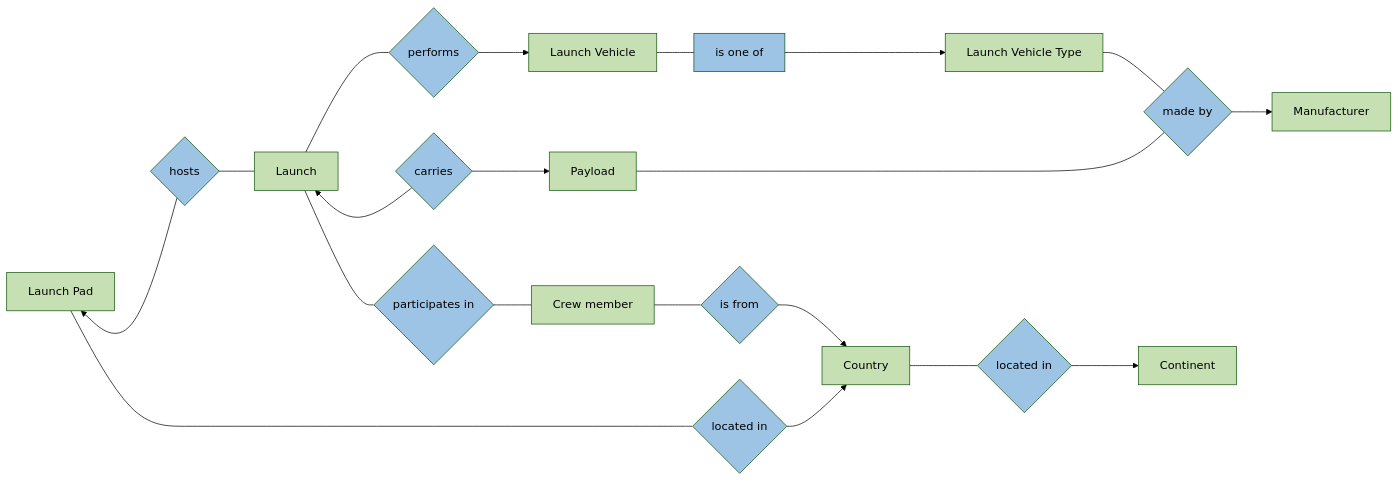
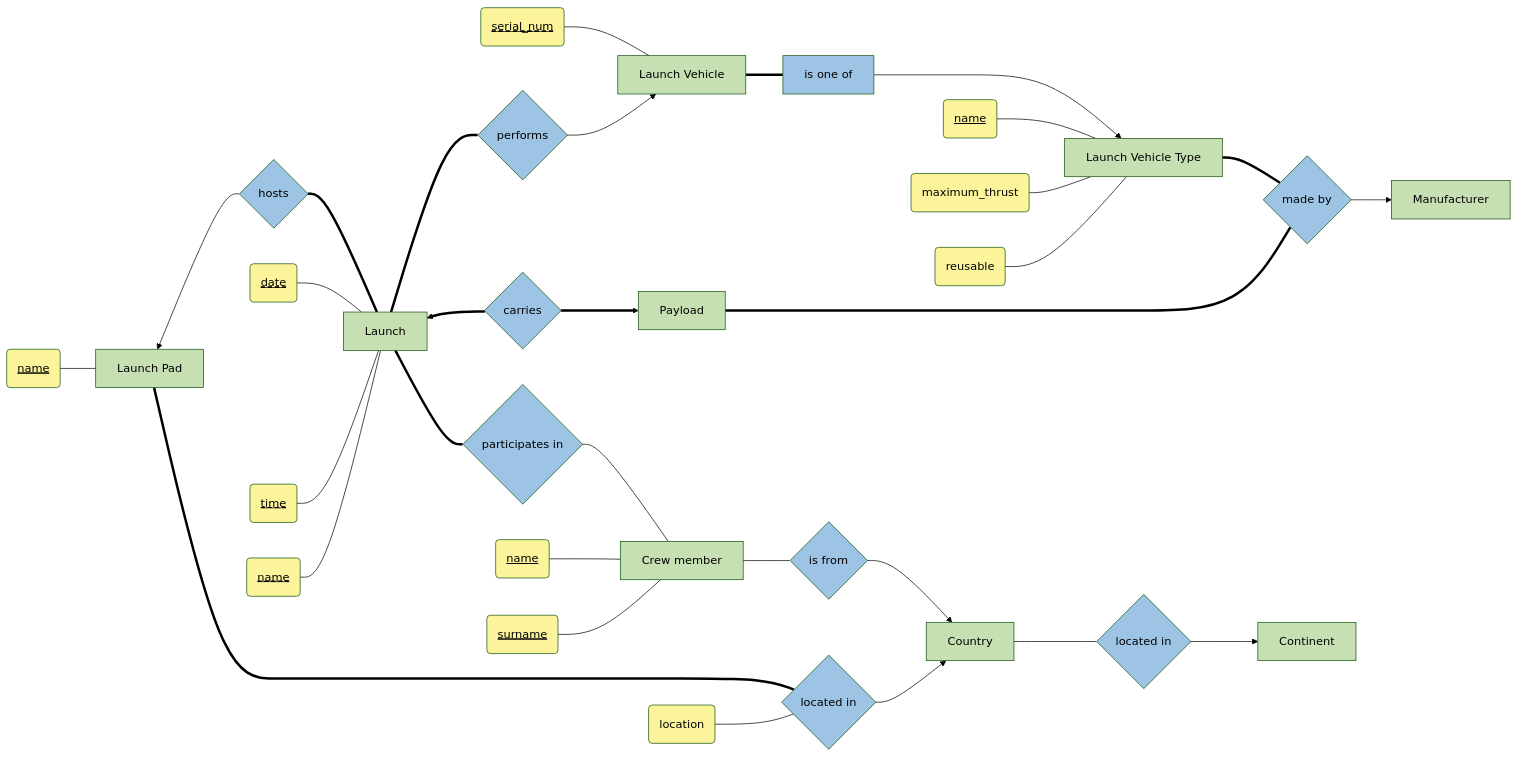
One commit to andrew-chang-dewitt/cs_425-hw_1_4 changed the diagram in src/erd.mmd. Above: the diagram before and after it, drawn with Mermaid (forest theme). The commit also changed 1 other file, not shown here.

```diff
--- a/src/erd.mmd
+++ b/src/erd.mmd
@@ -1,81 +1,95 @@
 graph LR
     %% ===
     %% LAUNCHPAD
     %% ---
     %% Rule: A launchpad hosts multiple launches over time, and each launch is hosted by exactly one launchpad. Therefore, Launchpads will be created in the database even before the first launch is hosted there.
+    LP[Launch Pad]:::entity ~~~ H{hosts}:::weakRelation --> LP
+    H ~~~ LP
     %% Rule: A launchpad is located in a country, and a country, in turn, is located on a continent.
+    LP === Lli{located in}:::relation
+    lpl(location):::attr --- Lli
     %% Rule: Each launchpad has a name and a location.
-    LP[Launch Pad]:::entity ~~~ H{hosts}:::relation --> LP
-    LP --- Lli{located in}:::relation
+    lpn(name):::pk --- LP
 
     %% ===
     %% LAUNCH
     %% ---
     %% Rule: A launch requires a launchpad that hosts it, a launch vehicle (the rocket), and the payload.
+    H === L[Launch]:::weakEntity
+    L === Pa
+    %% Rule: Each launch is performed by a launch vehicle. The serial number for the launch vehicle should be recorded. A launch vehicle can perform multiple launches over time.
+    L === Pl{performs}:::relation
     %% Rule: For a launch, the date, time and name should be recorded as well as whether it is a crewed launch or not.
-    %% Rule: Each launch is performed by a launch vehicle. The serial number for the launch vehicle should be recorded. A launch vehicle can perform multiple launches over time.
-    H --- L[Launch]:::entity
-    L --- Pl{performs}:::relation
-    L ~~~ Cp{carries}:::relation --> L
-    L --- Pa
+    L ~~~ Cp{carries}:::relation ==> L
+    Cp ~~~ L
+    ld(date):::disc --- L
+    lt(time):::disc --- L
+    ln(name):::disc --- L
 
     %% ===
     %% LAUNCH VEHICLE
     %% ---
-    Pl --> LV[Launch Vehicle]:::entity
-    LV --- Isa[is one of]:::relation
+    lvsn(serial_num):::disc --- LV
+    Pl --> LV[Launch Vehicle]:::weakEntity
+    LV === Isa[is one of]:::weakRelation
 
     %% ===
     %% LAUNCH VEHICLE TYPE
     %% ---
+    %% Rule: A specific manufacturer makes each launch vehicle type, and a manufacturer can make many different launch vehicle types.
+    LVT[Launch Vehicle Type]:::entity === Mb{made by}:::relation
     %% Rule: Each launch vehicle is of a specific launch vehicle type. The name, maximum thrust and whether it is reusable need to be recorded for the launch vehicle type.
-    %% Rule: A specific manufacturer makes each launch vehicle type, and a manufacturer can make many different launch vehicle types.
-    LVT[Launch Vehicle Type]:::entity --- Mb{made by}:::relation
     Isa ---> LVT
+    lvtn(name):::pk --- LVT
+    lvtt(maximum_thrust):::attr --- LVT
+    lvtr(reusable):::attr --- LVT
 
     %% ===
     %% PAYLOAD
     %% ---
     %% Rule: Each launch carries one payload, and a payload is only carried by one launch.
     %% Rule: A manufacturer also makes each payload, and a manufacturer can make many different payloads over time.
-    Cp --> P[Payload]:::entity
-    P --- Mb
+    Cp ==> P[Payload]:::entity
+    P === Mb
 
     %% ===
     %% Manufacturer
     %% ---
     %% Rule: A manufacturer also makes each payload, and a manufacturer can make many different payloads over time.
     %% Rule: A specific manufacturer makes each launch vehicle type, and a manufacturer can make many different launch vehicle types.
     Mb --> M[Manufacturer]:::entity
 
     %% ===
     %% CREW
     %% ---
     %% Rule: Multiple crew members can be carried on a crewed launch, and each crew member can be carried on multiple launches over time.
     %% Rule: Each crew member has a nationality (the country they come from), and their name and surname also need to be recorded.
     %% Rule: Crew members can appear in the database before they launch for the first time
     Pa{participates in}:::relation --- C[Crew member]:::entity
     C --- If{is from}:::relation
+    cn(name):::pk --- C
+    cs(surname):::pk --- C
 
     %% ===
     %% COUNTRY
     %% ---
     %% Rule: Each crew member has a nationality (the country they come from), and their name and surname also need to be recorded.
+    If --> Cu
     %% Rule: A launchpad is located in a country, and a country, in turn, is located on a continent.
-    If --> Cu
     Lli --> Cu
     Cu[Country]:::entity --- Li{located in}:::relation
     Li --> Co[Continent]:::entity
 
     %% ===
     %% STYLES
     %% ---
     classDef entity,weakEntity fill:#c6e0b4;
     classDef relation,weakRelation fill:#9dc3e5;
-    classDef attr,subAttr,derAttr fill:#fbf49b;
+    classDef attr,subAttr,derAttr,pk,disc fill:#fbf49b;
     classDef subAttr,derAttr stroke:red;
     classDef derAttr stroke-dasharray: 10 5;
     classDef pk text-decoration: underline;
+    classDef disc text-decoration: underline dashed;
     %% optional attr links
     %% FIXME: change numbers to correct links below & uncomment
     %% linkStyle 1,4,26,39,45,51,65 stroke:red, stroke-dasharray: 10 5;
```
